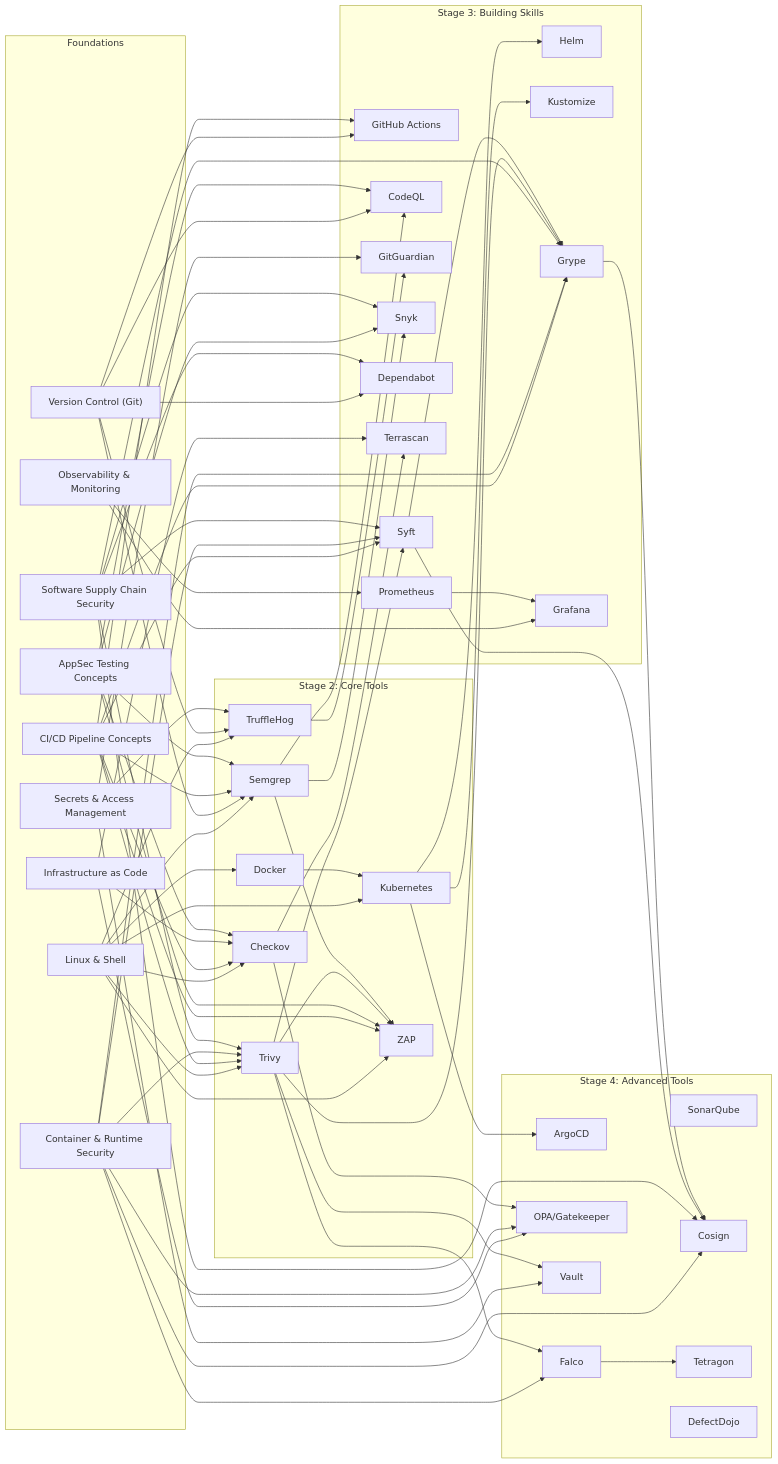
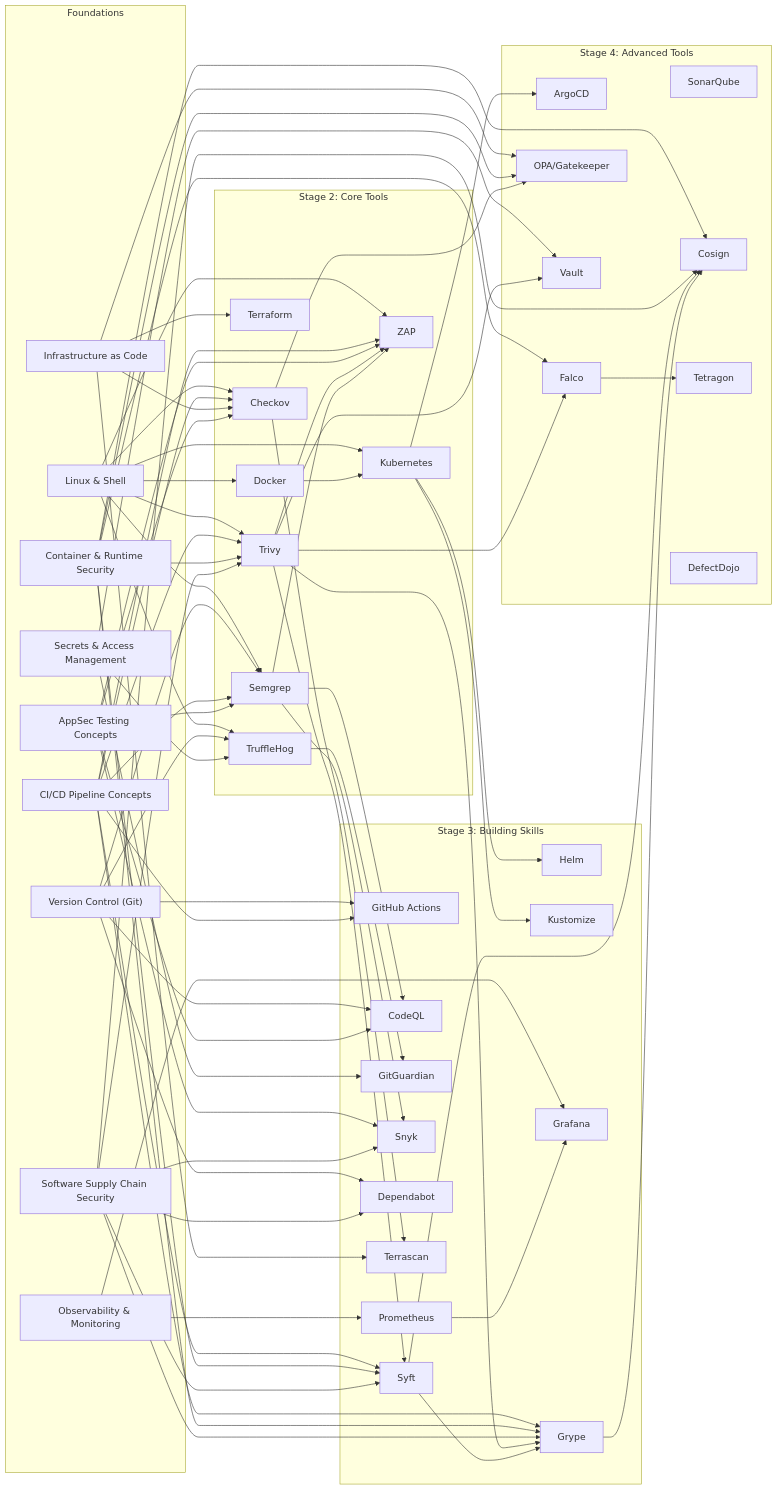
One commit to Sainathkeesara/DevSecOps-Kit changed the diagram in 00_index/learning-path.md. Above: the diagram before and after it, drawn with Mermaid. The commit also changed other lines of this file and 3 other files, not shown here.

````diff
--- a/00_index/learning-path.md
+++ b/00_index/learning-path.md
@@ -75,73 +76,74 @@
 ```mermaid
 flowchart LR
   subgraph Foundations
     Linux["Linux & Shell"]
     Git["Version Control (Git)"]
     CICD["CI/CD Pipeline Concepts"]
     IaC["Infrastructure as Code"]
     AppSec["AppSec Testing Concepts"]
     Container["Container & Runtime Security"]
     Secrets["Secrets & Access Management"]
     SupplyChain["Software Supply Chain Security"]
     Observ["Observability & Monitoring"]
   end
 
-  subgraph Core[Stage 2: Core Tools]
-    Docker
-    Kubernetes
-    Trivy
-    Semgrep
-    Checkov
-    TruffleHog
-    ZAP
-  end
+   subgraph Core[Stage 2: Core Tools]
+     Docker
+     Kubernetes
+     Terraform
+     Trivy
+     Semgrep
+     Checkov
+     TruffleHog
+     ZAP
+   end
 
   subgraph Intermediate[Stage 3: Building Skills]
     Helm
     Kustomize
     GitHubActions["GitHub Actions"]
     Syft
     Grype
     CodeQL
     GitGuardian
     Snyk
     Dependabot
     Terrascan
     Prometheus
     Grafana
   end
 
   subgraph Advanced[Stage 4: Advanced Tools]
     ArgoCD
     SonarQube
     Cosign
     Falco
     OPA["OPA/Gatekeeper"]
     Vault
     Tetragon
     DefectDojo
   end
 
   Linux --> Docker & Kubernetes & Trivy & Semgrep & Checkov & TruffleHog & ZAP
   Git --> TruffleHog & CodeQL & Semgrep & Dependabot
   CICD --> Trivy & Semgrep & Checkov & Syft & Grype & ZAP
-  IaC --> Checkov & Terrascan & OPA
+   IaC --> Checkov & Terrascan & OPA & Terraform
   AppSec --> Semgrep & CodeQL & ZAP & Snyk & Checkov
   Container --> Trivy & Syft & Grype & Cosign & Falco & OPA
   Secrets --> Vault & TruffleHog & GitGuardian
   SupplyChain --> Syft & Grype & Cosign & Trivy & Dependabot & Snyk
   Observ --> Prometheus & Grafana
 
   Docker --> Kubernetes
   Kubernetes --> Helm & Kustomize & ArgoCD
   Git --> GitHubActions
   CICD --> GitHubActions
   Trivy --> Syft & Grype & ZAP & Vault & Falco
   Falco --> Tetragon
   Semgrep --> ZAP & CodeQL & Snyk
   Checkov --> Terrascan & OPA
   TruffleHog --> GitGuardian
   Syft --> Grype & Cosign
   Grype --> Cosign
   Prometheus --> Grafana
 ```
````
